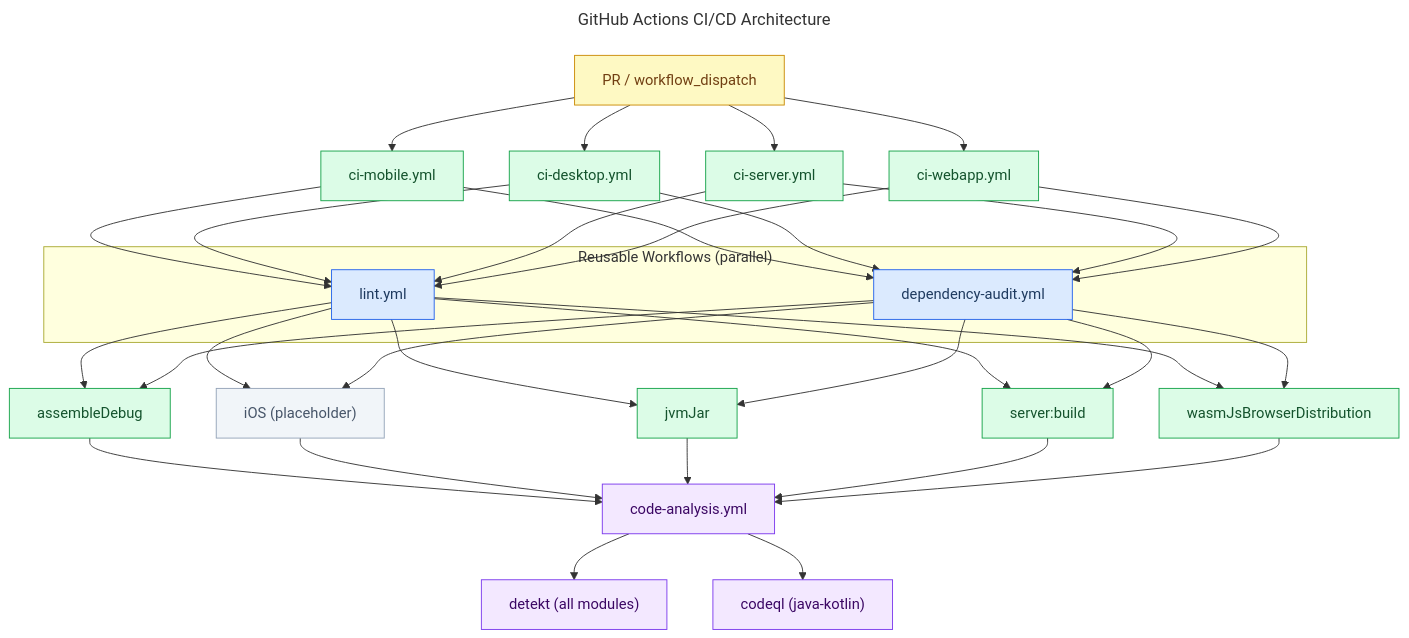
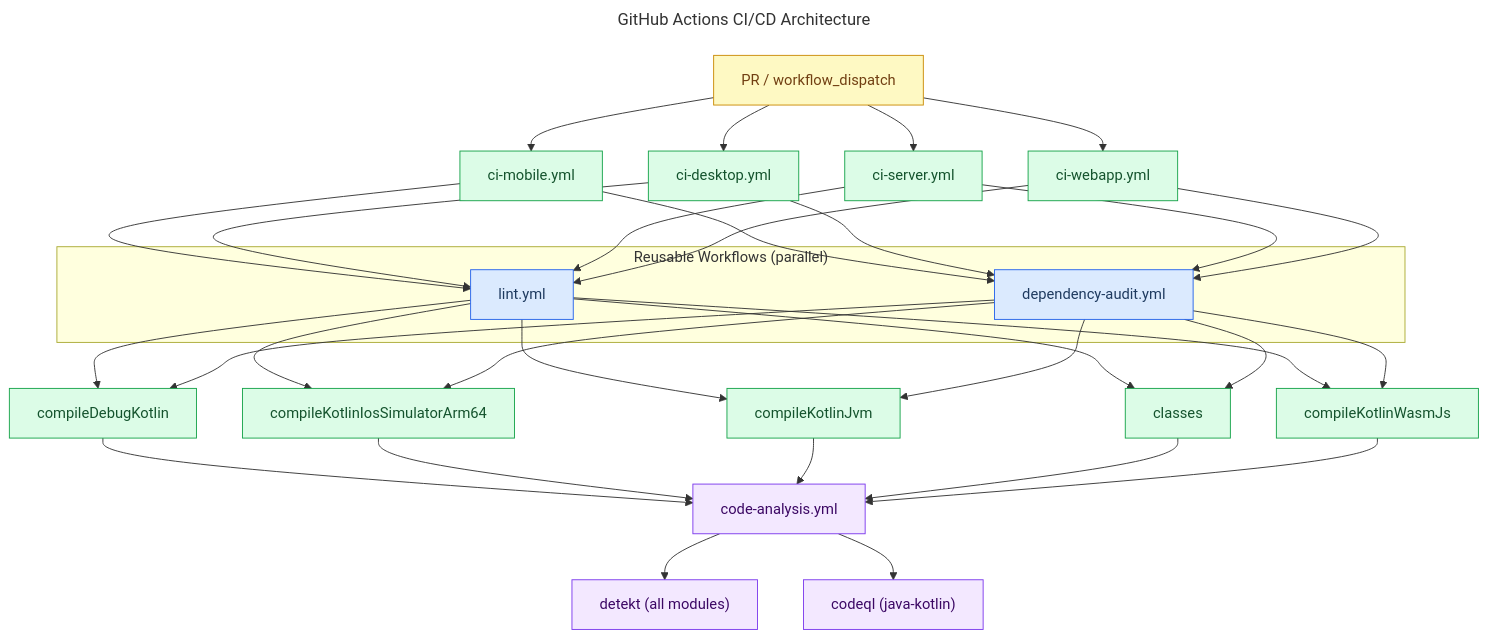
One commit to alopesmendes/TodoistIA changed the diagram in docs/technical/ci-cd.md. Above: the diagram before and after it, drawn with Mermaid. The commit also changed other lines of this file and 11 other files, not shown here.

````diff
--- a/docs/technical/ci-cd.md
+++ b/docs/technical/ci-cd.md
@@ -210,53 +211,52 @@
 ```mermaid
 ---
 title: GitHub Actions CI/CD Architecture
 ---
 %%{init: {'flowchart': {'curve': 'orthogonal'}}}%%
 graph TD
     classDef trigger fill:#fef9c3,stroke:#ca8a04,color:#713f12
     classDef reusable fill:#dbeafe,stroke:#2563eb,color:#1e3a5f
-    classDef build fill:#dcfce7,stroke:#16a34a,color:#14532d
+    classDef compile fill:#dcfce7,stroke:#16a34a,color:#14532d
     classDef analysis fill:#f3e8ff,stroke:#7c3aed,color:#3b0764
-    classDef placeholder fill:#f1f5f9,stroke:#94a3b8,color:#475569
 
     PR["PR / workflow_dispatch"]:::trigger
 
-    PR --> Mobile["ci-mobile.yml"]:::build
-    PR --> Desktop["ci-desktop.yml"]:::build
-    PR --> Server["ci-server.yml"]:::build
-    PR --> Webapp["ci-webapp.yml"]:::build
+    PR --> Mobile["ci-mobile.yml"]:::compile
+    PR --> Desktop["ci-desktop.yml"]:::compile
+    PR --> Server["ci-server.yml"]:::compile
+    PR --> Webapp["ci-webapp.yml"]:::compile
 
     subgraph "Reusable Workflows (parallel)"
         Lint["lint.yml"]:::reusable
         Audit["dependency-audit.yml"]:::reusable
     end
 
     Mobile --> Lint
     Mobile --> Audit
     Desktop --> Lint
     Desktop --> Audit
     Server --> Lint
     Server --> Audit
     Webapp --> Lint
     Webapp --> Audit
 
-    Lint --> BuildAndroid["assembleDebug"]:::build
-    Audit --> BuildAndroid
-    Lint --> BuildIOS["iOS (placeholder)"]:::placeholder
-    Audit --> BuildIOS
-    Lint --> BuildDesktop["jvmJar"]:::build
-    Audit --> BuildDesktop
-    Lint --> BuildServer["server:build"]:::build
-    Audit --> BuildServer
-    Lint --> BuildWasm["wasmJsBrowserDistribution"]:::build
-    Audit --> BuildWasm
+    Lint --> CompileAndroid["compileDebugKotlin"]:::compile
+    Audit --> CompileAndroid
+    Lint --> CompileIOS["compileKotlinIosSimulatorArm64"]:::compile
+    Audit --> CompileIOS
+    Lint --> CompileDesktop["compileKotlinJvm"]:::compile
+    Audit --> CompileDesktop
+    Lint --> CompileServer["classes"]:::compile
+    Audit --> CompileServer
+    Lint --> CompileWasm["compileKotlinWasmJs"]:::compile
+    Audit --> CompileWasm
 
-    BuildAndroid --> CA["code-analysis.yml"]:::analysis
-    BuildIOS --> CA
-    BuildDesktop --> CA
-    BuildServer --> CA
-    BuildWasm --> CA
+    CompileAndroid --> CA["code-analysis.yml"]:::analysis
+    CompileIOS --> CA
+    CompileDesktop --> CA
+    CompileServer --> CA
+    CompileWasm --> CA
 
     CA --> Detekt["detekt (all modules)"]:::analysis
     CA --> CodeQL["codeql (java-kotlin)"]:::analysis
 ```
````
